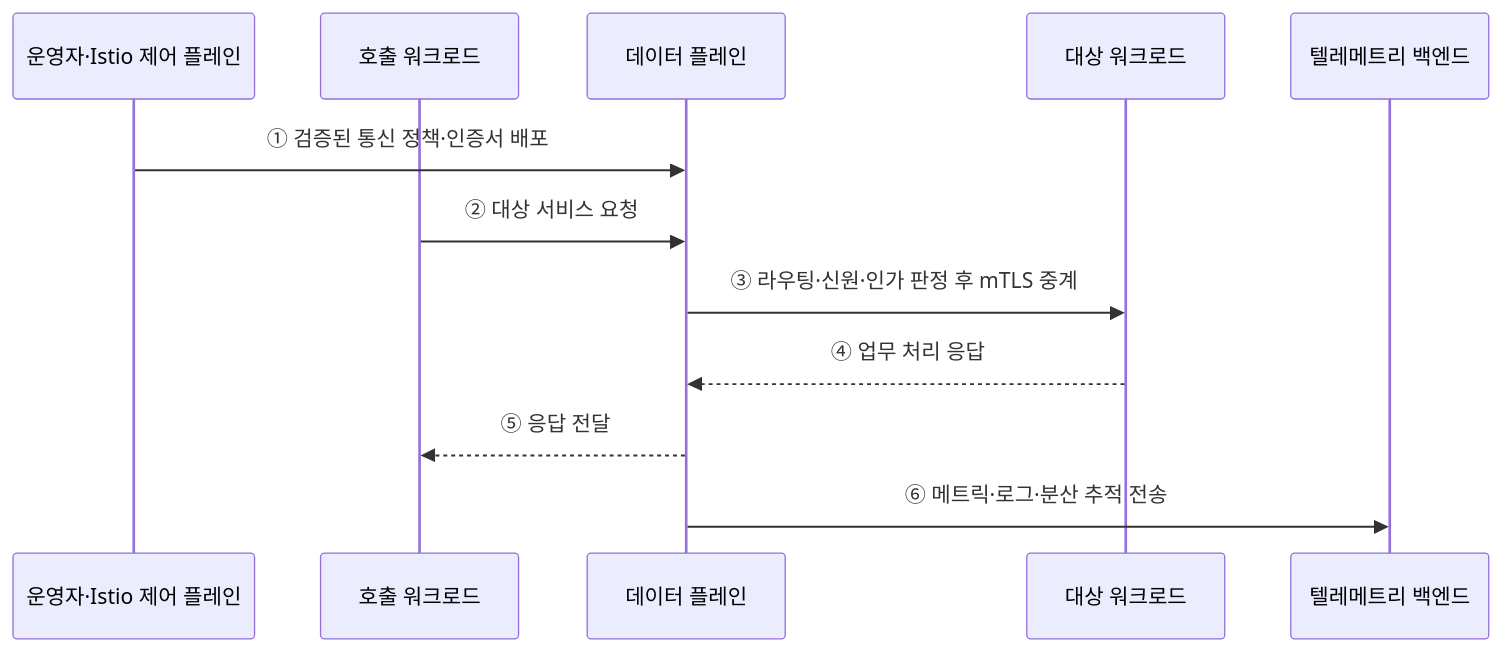
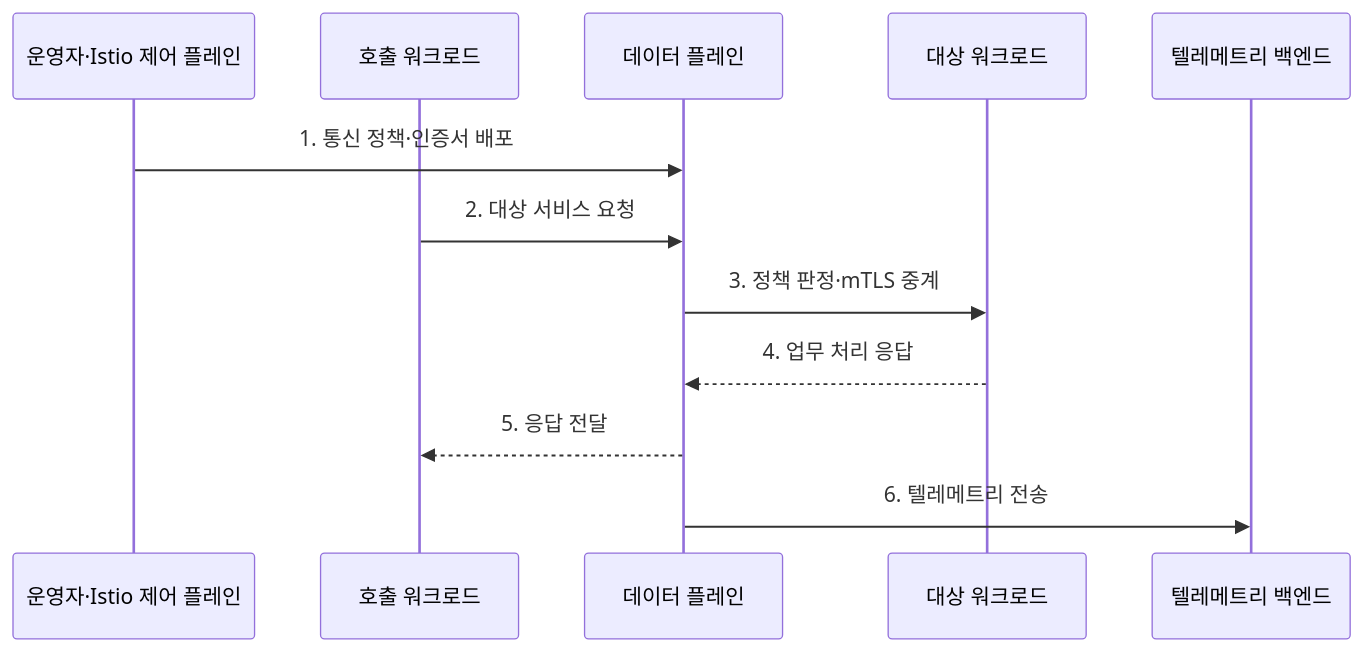
Before and after one commit to agnusdei1207/knowledge-base: the second of 2 diagrams in src/content/docs/notes/03-software/042_service_mesh.md, drawn with Mermaid. The commit also changed other lines of this file and 20 other files, not shown here.

````diff
--- a/src/content/docs/notes/03-software/042_service_mesh.md
+++ b/src/content/docs/notes/03-software/042_service_mesh.md
@@ -89,14 +92,14 @@
 ```mermaid
 sequenceDiagram
     participant O as 운영자·Istio 제어 플레인
     participant W as 호출 워크로드
     participant D as 데이터 플레인
     participant S as 대상 워크로드
     participant T as 텔레메트리 백엔드
-    O->>D: ① 검증된 통신 정책·인증서 배포
-    W->>D: ② 대상 서비스 요청
-    D->>S: ③ 라우팅·신원·인가 판정 후 mTLS 중계
-    S-->>D: ④ 업무 처리 응답
-    D-->>W: ⑤ 응답 전달
-    D->>T: ⑥ 메트릭·로그·분산 추적 전송
+    O->>D: 1. 통신 정책·인증서 배포
+    W->>D: 2. 대상 서비스 요청
+    D->>S: 3. 정책 판정·mTLS 중계
+    S-->>D: 4. 업무 처리 응답
+    D-->>W: 5. 응답 전달
+    D->>T: 6. 텔레메트리 전송
 ```
````
